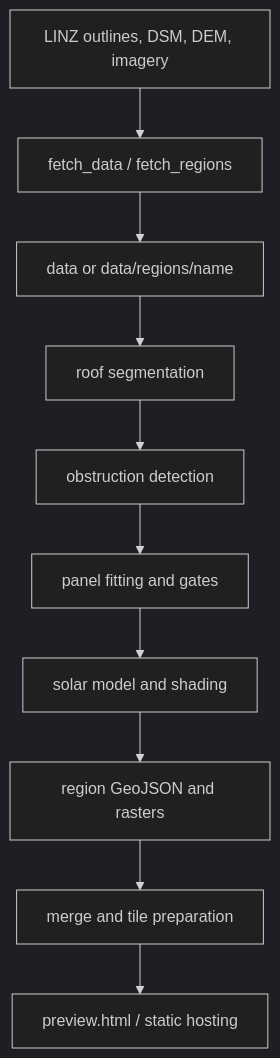
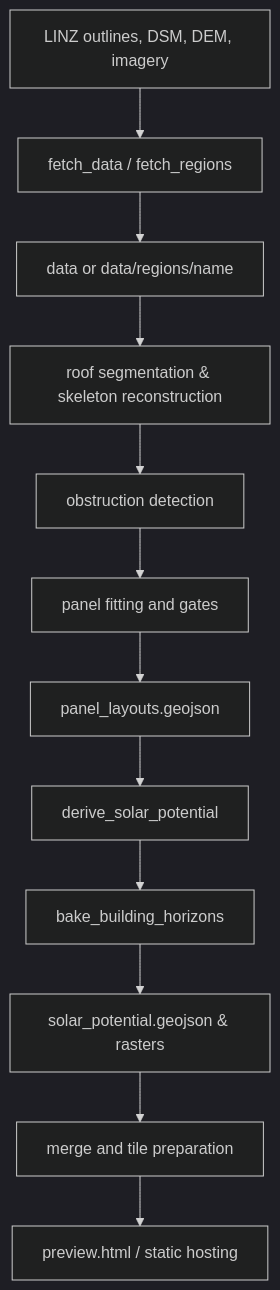
Before and after one commit to rewiring-nz/nz-solar-potential: the diagram in docs/developers/architecture.md, drawn with Mermaid (dark theme). The commit also changed other lines of this file and 3 other files, not shown here.

````diff
--- a/docs/developers/architecture.md
+++ b/docs/developers/architecture.md
@@ -11,12 +11,14 @@
 ```mermaid
 flowchart TB
     LINZ[LINZ outlines, DSM, DEM, imagery] --> Fetch[fetch_data / fetch_regions]
     Fetch --> Inputs[data or data/regions/name]
-    Inputs --> Segment[roof segmentation]
+    Inputs --> Segment[roof segmentation & skeleton reconstruction]
     Segment --> Detect[obstruction detection]
     Detect --> Fit[panel fitting and gates]
-    Fit --> Model[solar model and shading]
-    Model --> Outputs[region GeoJSON and rasters]
+    Fit --> Layouts[panel_layouts.geojson]
+    Layouts --> Derive[derive_solar_potential]
+    Derive --> Horizon[bake_building_horizons]
+    Horizon --> Outputs[solar_potential.geojson & rasters]
     Outputs --> Merge[merge and tile preparation]
     Merge --> Map[preview.html / static hosting]
 ```
````
